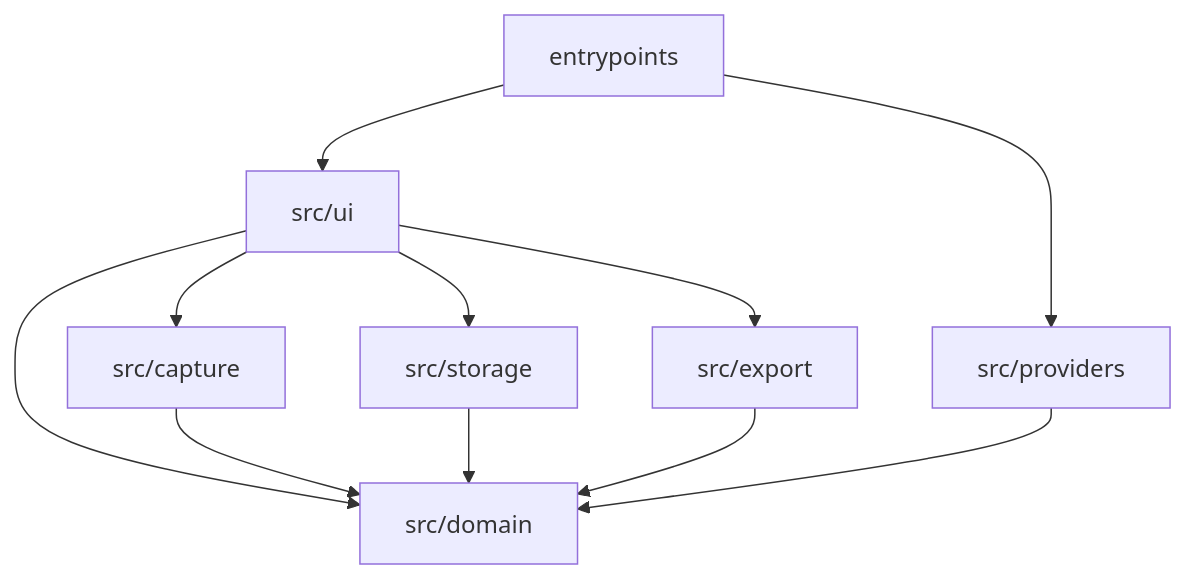
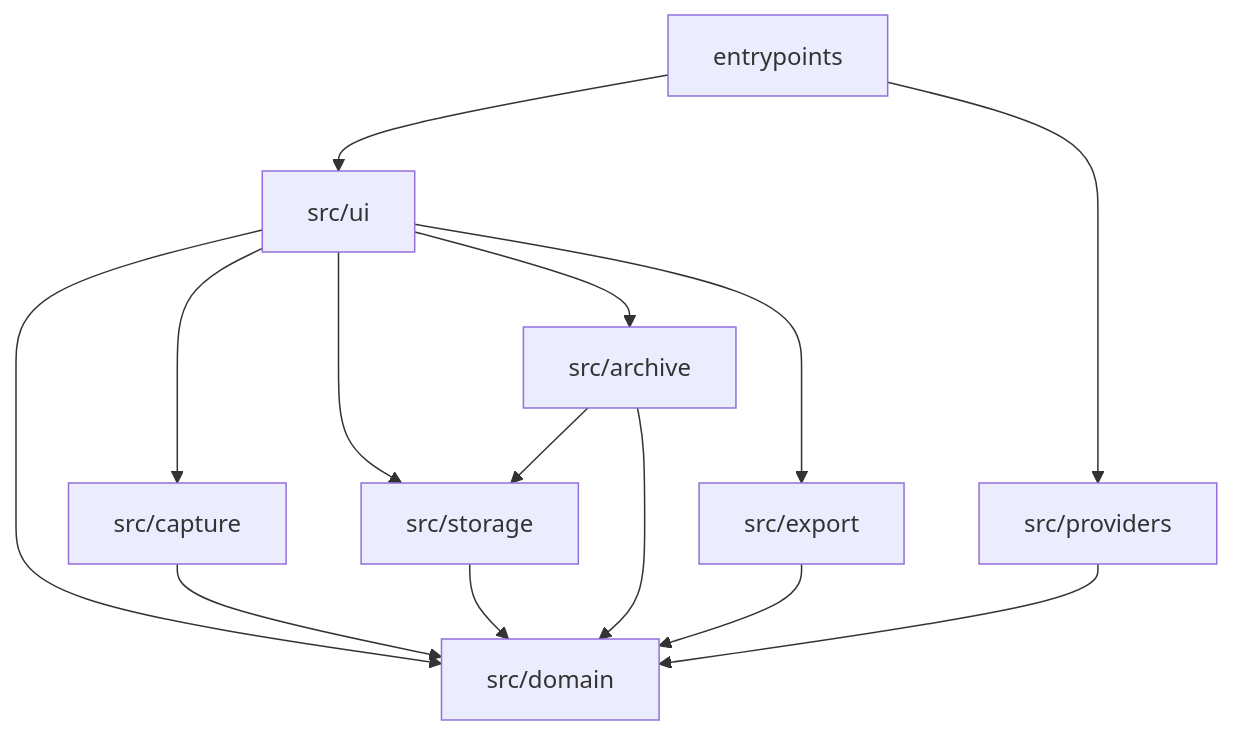
The second of 2 diagrams in docs/ARCHITECTURE.md (plaodas/trailogue), drawn with Mermaid before and after one commit. The commit also changed other lines of this file and 14 other files, not shown here.

````diff
--- a/docs/ARCHITECTURE.md
+++ b/docs/ARCHITECTURE.md
@@ -39,13 +40,16 @@
 ```mermaid
 flowchart TD
     ui["src/ui"] --> capture["src/capture"]
     ui --> storage["src/storage"]
+    ui --> archive["src/archive"]
     ui --> exportMd["src/export"]
     ui --> domain["src/domain"]
     capture --> domain
     storage --> domain
+    archive --> storage
+    archive --> domain
     exportMd --> domain
     providers["src/providers"] --> domain
     entry["entrypoints"] --> providers
     entry --> ui
 ```
````
